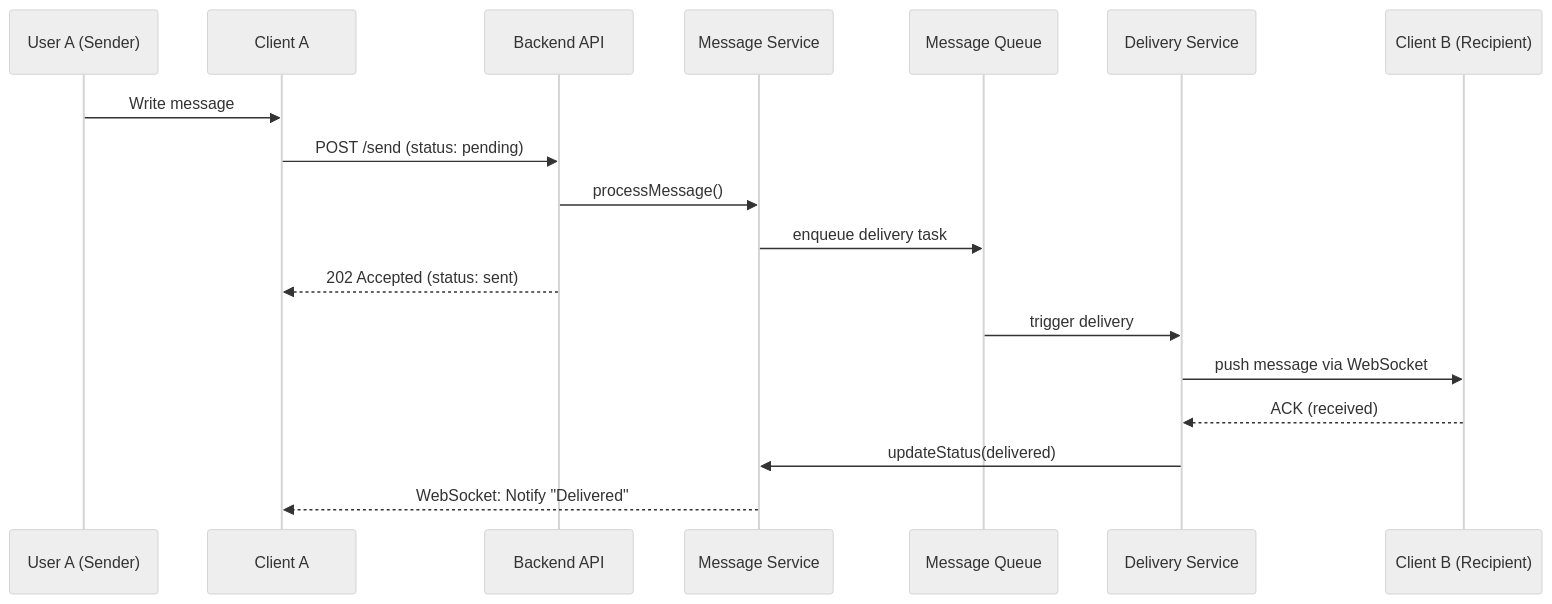
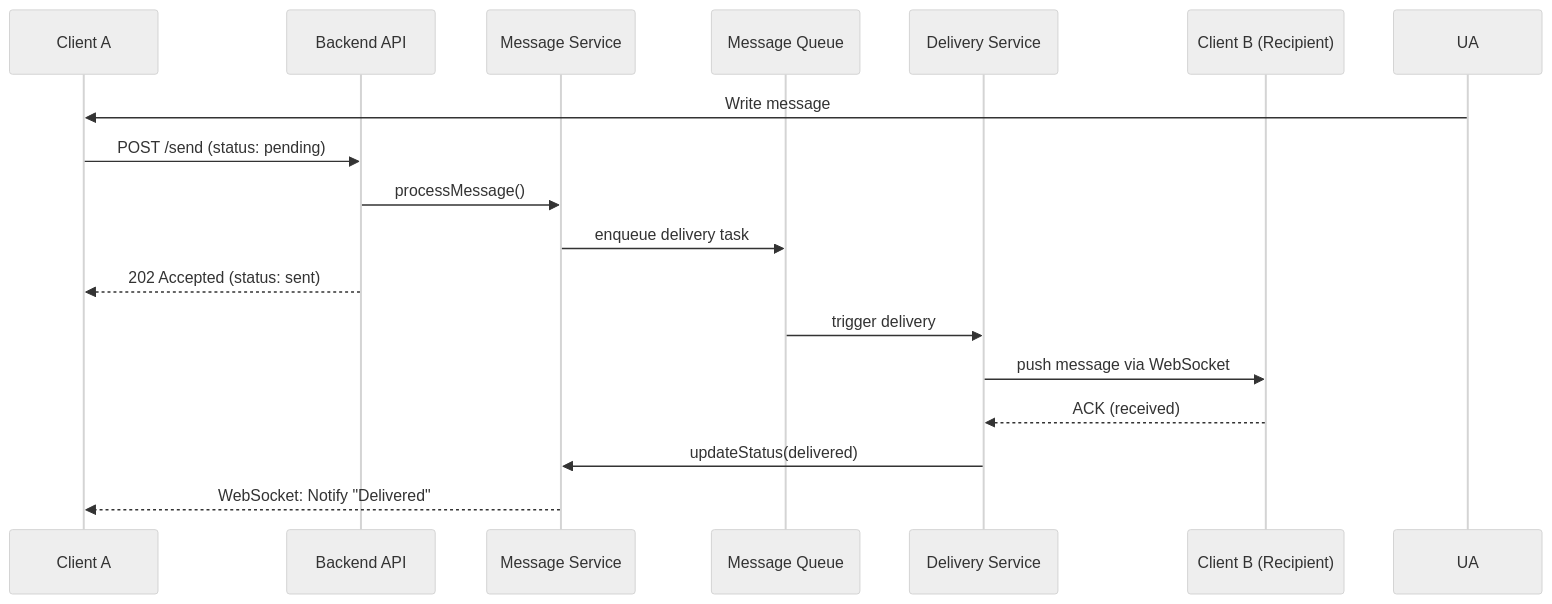
One commit to artembaranovsky1/Software-Design-and-Documentation_lab-1.1 changed the second of 3 diagrams in README.md. Above: the diagram before and after it, drawn with Mermaid (neutral theme).

````diff
--- a/README.md
+++ b/README.md
@@ -21,22 +21,21 @@
 ```mermaid
 sequenceDiagram
-    participant UA as User A (Sender)
     participant C as Client A
     participant API as Backend API
     participant MS as Message Service
     participant Q as Message Queue
     participant DS as Delivery Service
     participant CB as Client B (Recipient)
 
     UA->>C: Write message
     C->>API: POST /send (status: pending)
     API->>MS: processMessage()
     MS->>Q: enqueue delivery task
     API-->>C: 202 Accepted (status: sent)
     
     Q->>DS: trigger delivery
     DS->>CB: push message via WebSocket
     CB-->>DS: ACK (received)
     DS->>MS: updateStatus(delivered)
     MS-->>C: WebSocket: Notify "Delivered"
 ```
````
